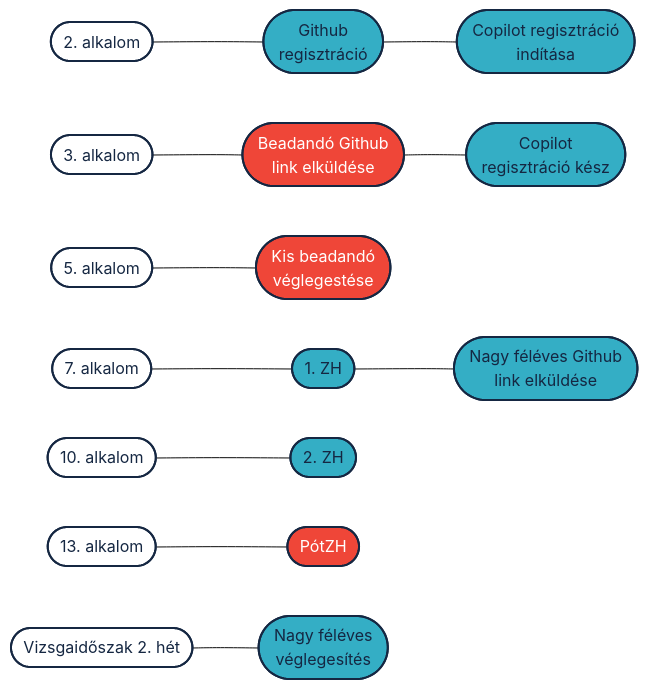
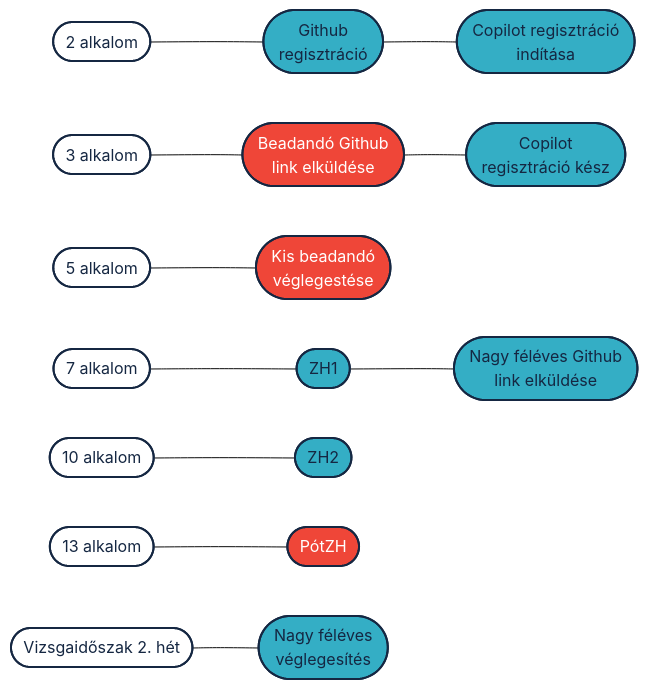
Before and after one commit to sze-info/ajr: the second of 2 diagrams in docs/feleves_beadando/README.md, drawn with Mermaid (base theme). The commit also changed other lines of this file and 4 other files, not shown here.

````diff
--- a/docs/feleves_beadando/README.md
+++ b/docs/feleves_beadando/README.md
@@ -50,22 +50,22 @@
 ```mermaid
 flowchart LR
 
-H2([2. alkalom]) --- H2A([Github<br>regisztráció])--- H2B([Copilot regisztráció<br>indítása])
-H3([3. alkalom]) --- H3A([Beadandó Github<br>link elküldése]) --- H3B([Copilot<br>regisztráció kész])
-H5([5. alkalom]) --- H5A([Kis beadandó<br>véglegestése])
-H7([7. alkalom]) --- H7A([1. ZH]) --- H7B([Nagy féléves Github<br>link elküldése])
-H10([10. alkalom]) --- H10A([2. ZH])
-H13([13. alkalom]) --- H13A([PótZH])
+H2([2 alkalom]) --- H2A([Github<br>regisztráció])--- H2B([Copilot regisztráció<br>indítása])
+H3([3 alkalom]) --- H3A([Beadandó Github<br>link elküldése]) --- H3B([Copilot<br>regisztráció kész])
+H5([5 alkalom]) --- H5A([Kis beadandó<br>véglegestése])
+H7([7 alkalom]) --- H7A([ZH1]) --- H7B([Nagy féléves Github<br>link elküldése])
+H10([10 alkalom]) --- H10A([ZH2])
+H13([13 alkalom]) --- H13A([PótZH])
 V2([Vizsgaidőszak 2. hét]) --- V2A([Nagy féléves<br>véglegesítés])
 
 
 classDef light fill:#34aec5,stroke:#152742,stroke-width:2px,color:#152742  
 classDef dark fill:#152742,stroke:#34aec5,stroke-width:2px,color:#34aec5
 classDef white fill:#ffffff,stroke:#152742,stroke-width:2px,color:#152742
 classDef red fill:#ef4638,stroke:#152742,stroke-width:2px,color:#fff
 classDef green fill:#138b7b,stroke:#152742,stroke-width:2px,color:#fff
 
 class H2,H3,H5,H7,H10,H13,V2 white
 class H2A,H2B,H3B,H7A,H7B,H10A,V2A light
 class H3A,H5A,H13A, red
 ```
````
